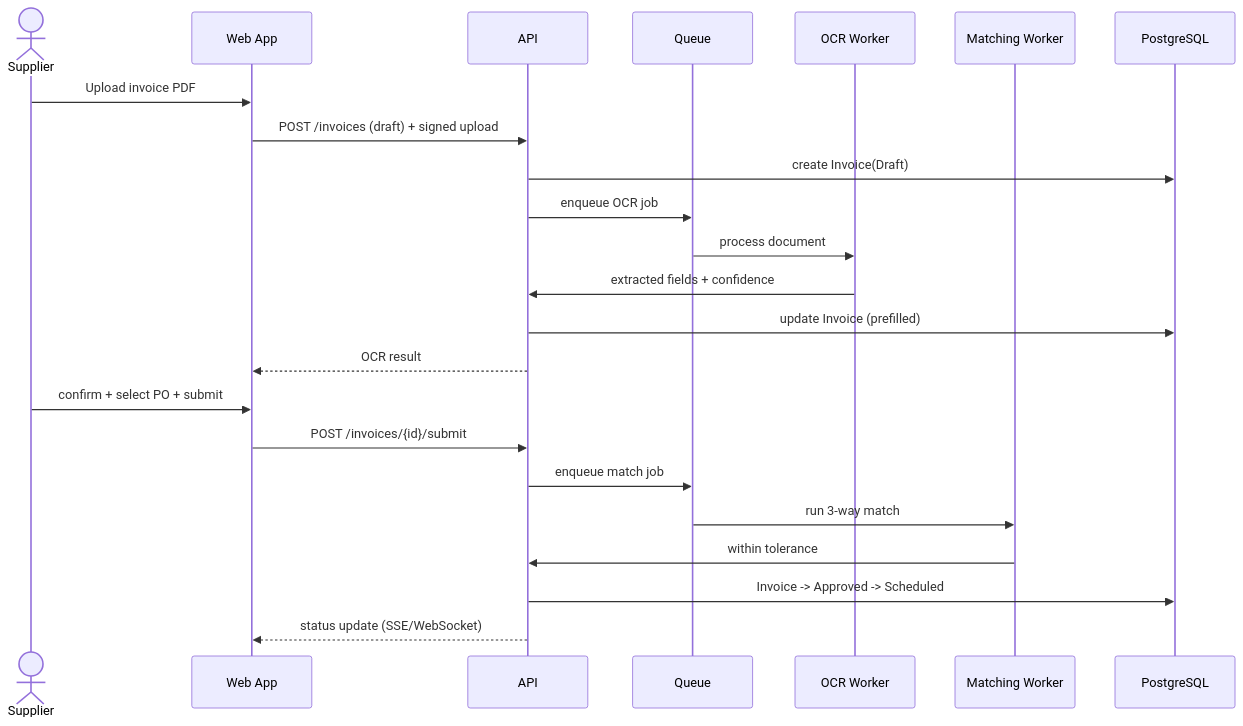
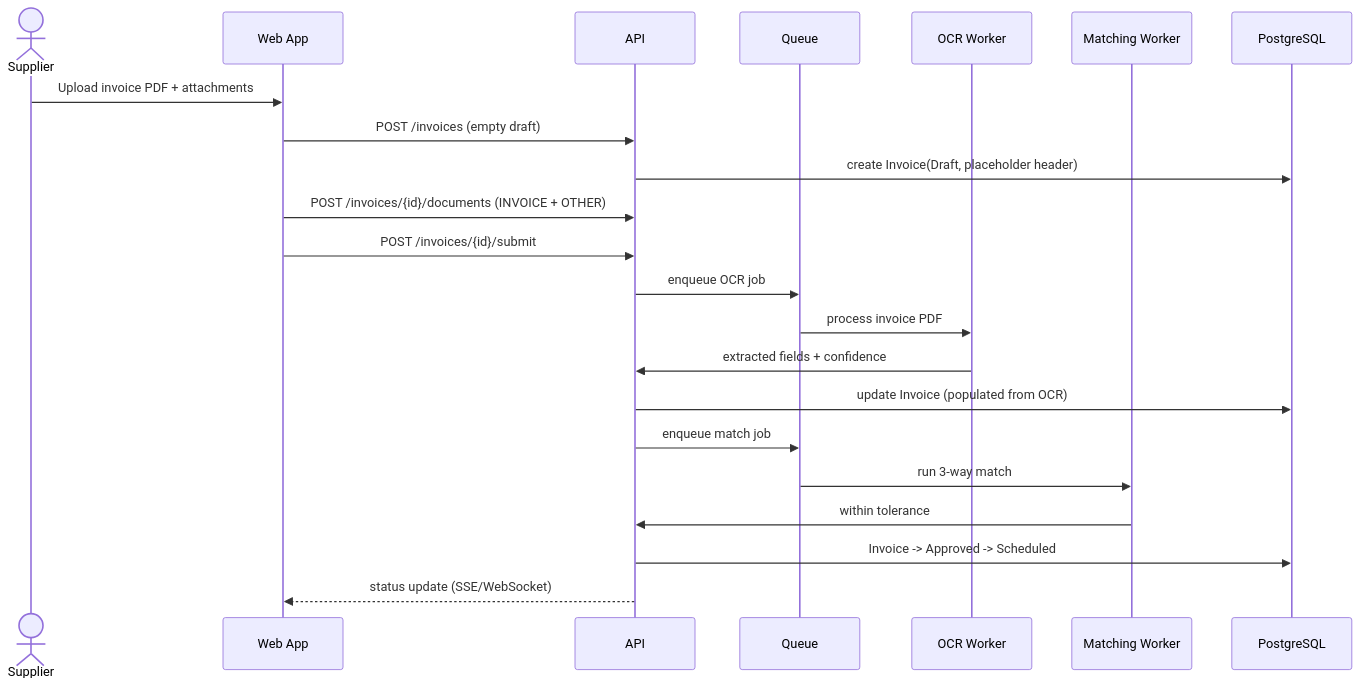
The fourth of 4 diagrams in docs/ARCHITECTURE.md (amrshady/aljeel), drawn with Mermaid before and after one commit. The commit also changed 44 other files, not shown here.

First line of the commit message:
Add aljeelLogo image and update README for invoice submission process

````diff
--- a/docs/ARCHITECTURE.md
+++ b/docs/ARCHITECTURE.md
@@ -116,26 +116,25 @@
 ```mermaid
 sequenceDiagram
     actor S as Supplier
     participant W as Web App
     participant API as API
     participant Q as Queue
     participant OCR as OCR Worker
     participant M as Matching Worker
     participant DB as PostgreSQL
 
-    S->>W: Upload invoice PDF
-    W->>API: POST /invoices (draft) + signed upload
-    API->>DB: create Invoice(Draft)
+    S->>W: Upload invoice PDF + attachments
+    W->>API: POST /invoices (empty draft)
+    API->>DB: create Invoice(Draft, placeholder header)
+    W->>API: POST /invoices/{id}/documents (INVOICE + OTHER)
+    W->>API: POST /invoices/{id}/submit
     API->>Q: enqueue OCR job
-    Q->>OCR: process document
+    Q->>OCR: process invoice PDF
     OCR->>API: extracted fields + confidence
-    API->>DB: update Invoice (prefilled)
-    API-->>W: OCR result
-    S->>W: confirm + select PO + submit
-    W->>API: POST /invoices/{id}/submit
+    API->>DB: update Invoice (populated from OCR)
     API->>Q: enqueue match job
     Q->>M: run 3-way match
     M->>API: within tolerance
     API->>DB: Invoice -> Approved -> Scheduled
     API-->>W: status update (SSE/WebSocket)
 ```
````
